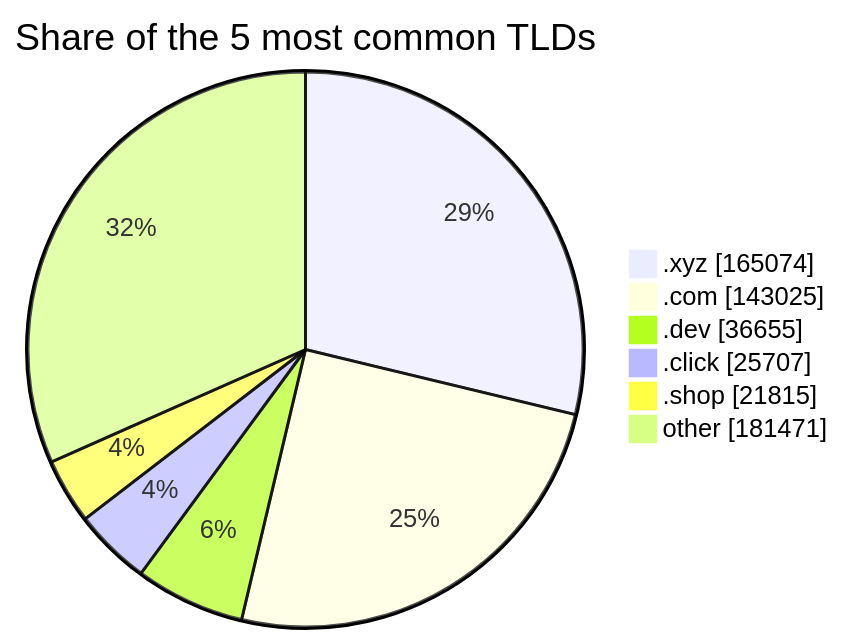
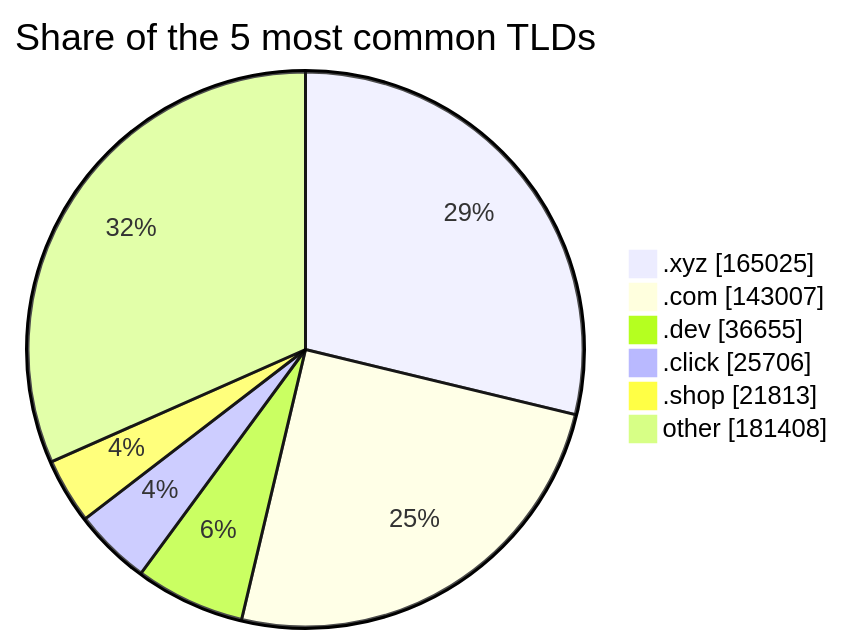
The third of 3 diagrams in README.md (DNSBunker/CTI), drawn with Mermaid before and after one commit. The commit also changed other lines of this file and 3 other files, not shown here.

````diff
--- a/README.md
+++ b/README.md
@@ -81,9 +81,9 @@
 ```mermaid
 pie showData title Share of the 5 most common TLDs
-    ".xyz" : 165074
-    ".com" : 143025
+    ".xyz" : 165025
+    ".com" : 143007
     ".dev" : 36655
-    ".click" : 25707
-    ".shop" : 21815
-    "other" : 181471
+    ".click" : 25706
+    ".shop" : 21813
+    "other" : 181408
 ```
````
